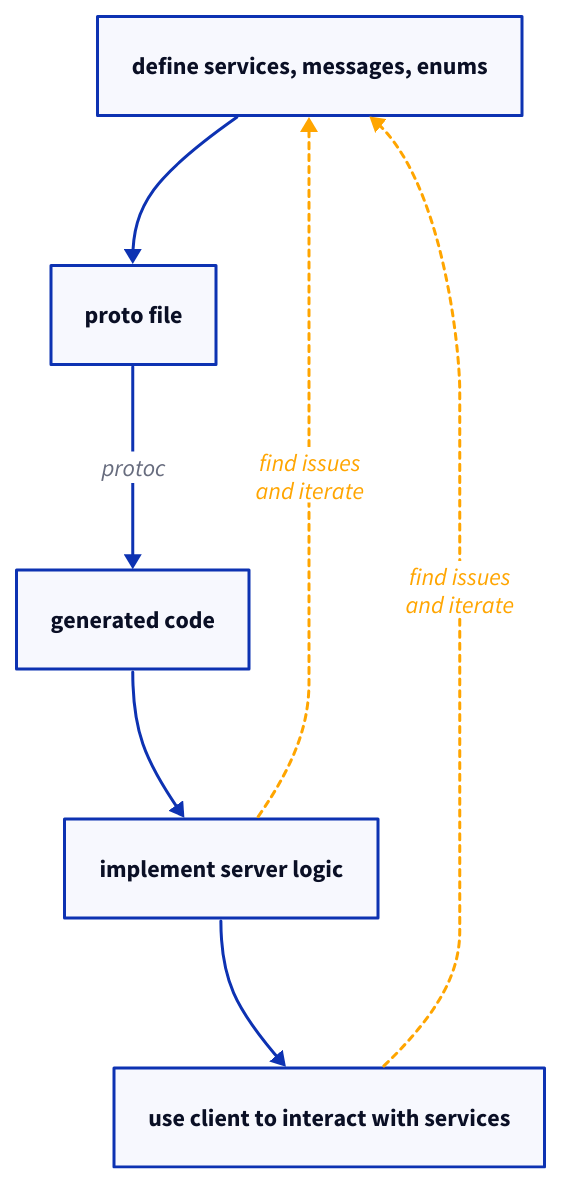
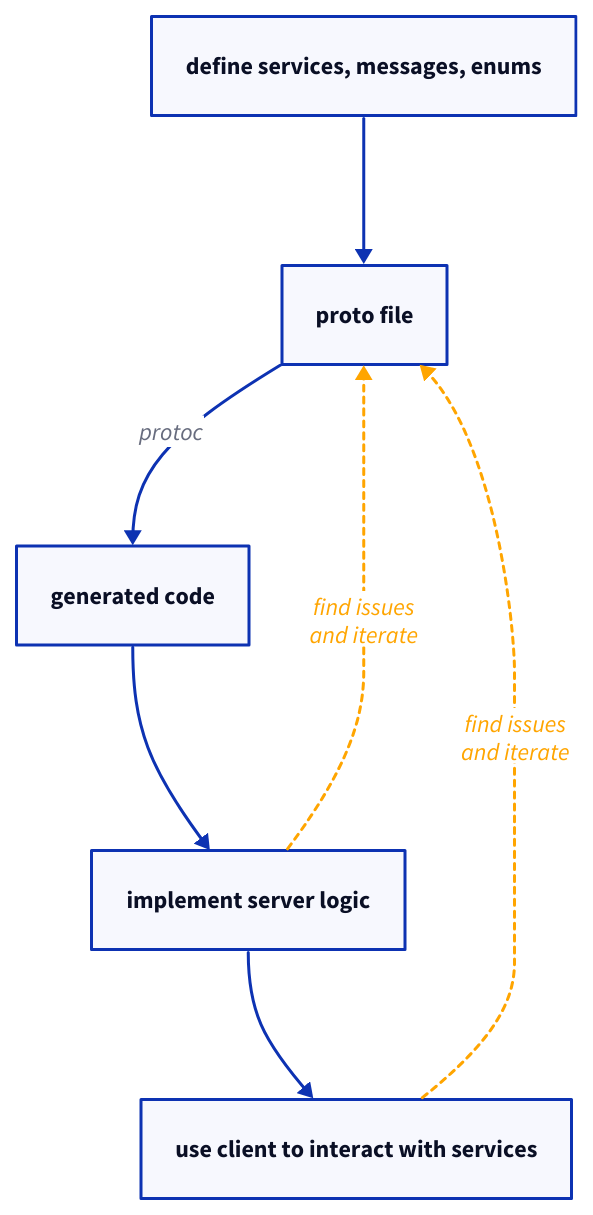
One commit to sudorandom/kmcd.dev changed the diagram in content/posts/2024/working-with-protobuf-in-2024/workflow-legacy.d2. Above: the diagram before and after it, drawn with D2. The commit also changed 3 other files, not shown here.

```diff
--- a/content/posts/2024/working-with-protobuf-in-2024/workflow-legacy.d2
+++ b/content/posts/2024/working-with-protobuf-in-2024/workflow-legacy.d2
@@ -1,22 +1,22 @@
 # d2 content/posts/2024/working-with-protobuf-in-2024/workflow-legacy.d2 --sketch --theme 200 --pad=20 content/posts/2024/working-with-protobuf-in-2024/workflow-legacy.svg
 
 style: {
   fill: transparent
 }
 
 define services, messages, enums -> proto file
 
 proto file -> generated code: protoc
 
 Generated code -> implement server logic
-implement server logic -> define services, messages, enums: find issues\nand iterate {
+implement server logic -> proto file: find issues\nand iterate {
   style.stroke: orange
   style.font-color: orange
   style.stroke-dash: 2
 }
 implement server logic -> use client to interact with services
-use client to interact with services -> define services, messages, enums: find issues\nand iterate {
+use client to interact with services -> proto file: find issues\nand iterate {
   style.stroke: orange
   style.font-color: orange
   style.stroke-dash: 2
 }
```
